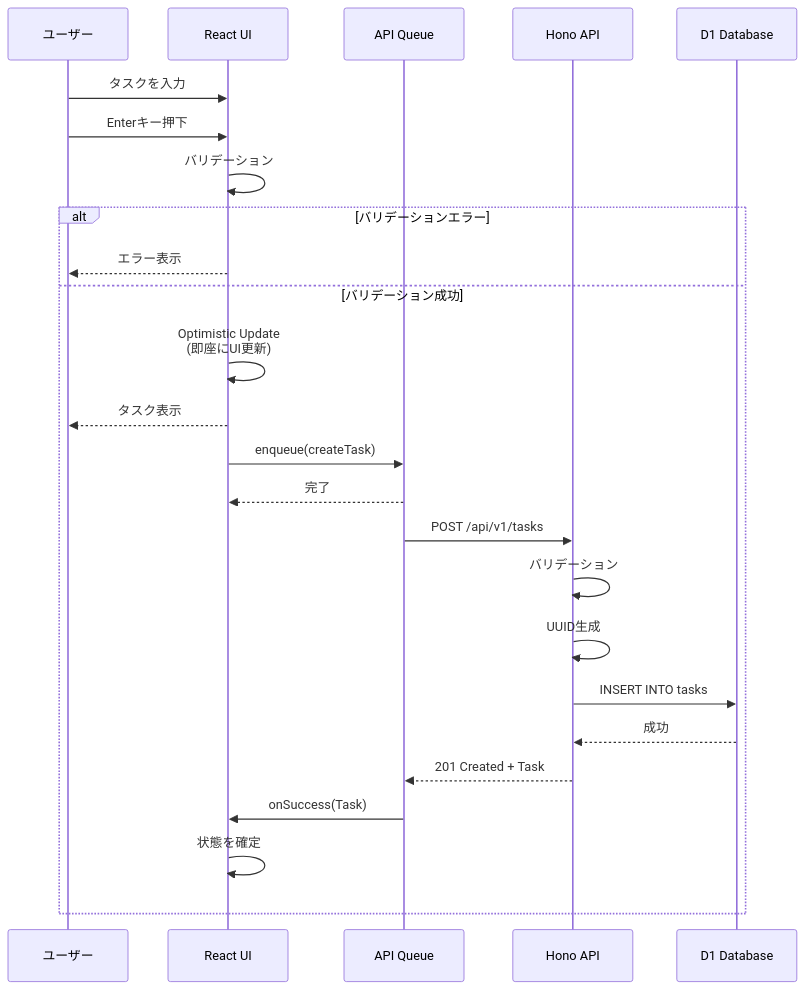
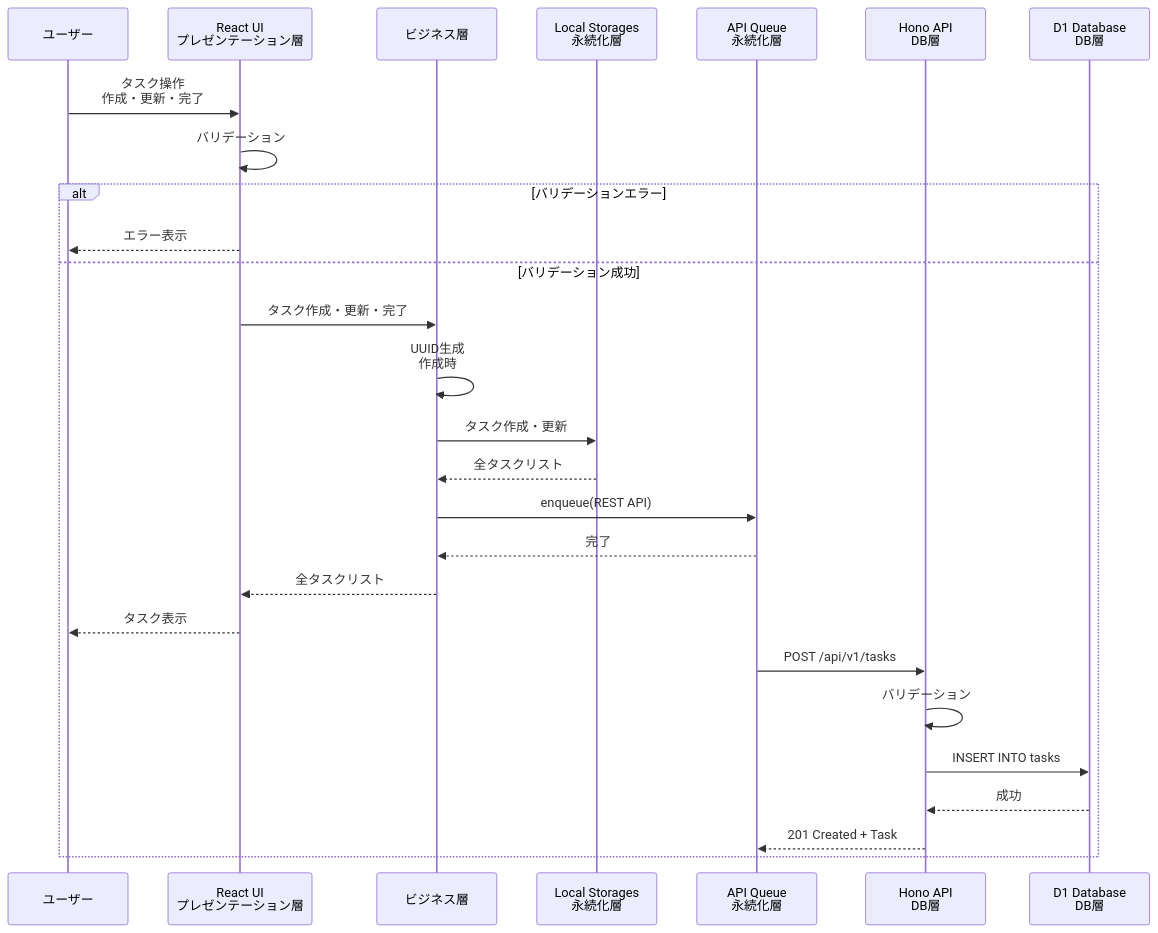
The fourth of 7 diagrams in doc/05_05_FUNCTIONAL_SPEC.md (osawa-naotaka/vanishtodo), drawn with Mermaid before and after one commit. The commit also changed other lines of this file and 1 other file, not shown here.

Commit message:
機能仕様書の状態遷移図を簡略化、機能仕様を一部記述方法修正。アーキテクチャの競合解決ポリシーを記述。

````diff
--- a/doc/05_05_FUNCTIONAL_SPEC.md
+++ b/doc/05_05_FUNCTIONAL_SPEC.md
@@ -124,30 +115,32 @@
 ```mermaid
 sequenceDiagram
     participant User as ユーザー
-    participant UI as React UI
-    participant Queue as API Queue
-    participant API as Hono API
-    participant DB as D1 Database
+    participant UI as React UI<br>プレゼンテーション層
+    participant Business as ビジネス層
+    participant Local as Local Storages<br>永続化層
+    participant Queue as API Queue<br>永続化層
+    participant API as Hono API<br>DB層
+    participant DB as D1 Database<br>DB層
     
-    User->>UI: タスクを入力
-    User->>UI: Enterキー押下
+    User->>UI: タスク操作<br>作成・更新・完了
     
     UI->>UI: バリデーション
     alt バリデーションエラー
         UI-->>User: エラー表示
     else バリデーション成功
-        UI->>UI: Optimistic Update<br/>(即座にUI更新)
+        UI->>Business: タスク作成・更新・完了
+        Business->>Business: UUID生成<br>作成時
+        Business->>Local: タスク作成・更新
+        Local-->>Business: 全タスクリスト
+        Business->>Queue: enqueue(REST API)
+        Queue-->>Business: 完了
+        Business-->>UI: 全タスクリスト
         UI-->>User: タスク表示
-        UI->>Queue: enqueue(createTask)
-        Queue-->>UI: 完了
         
         Queue->>API: POST /api/v1/tasks
         API->>API: バリデーション
-        API->>API: UUID生成
         API->>DB: INSERT INTO tasks
         DB-->>API: 成功
         API-->>Queue: 201 Created + Task
-        Queue->>UI: onSuccess(Task)
-        UI->>UI: 状態を確定
     end
 ```
````
